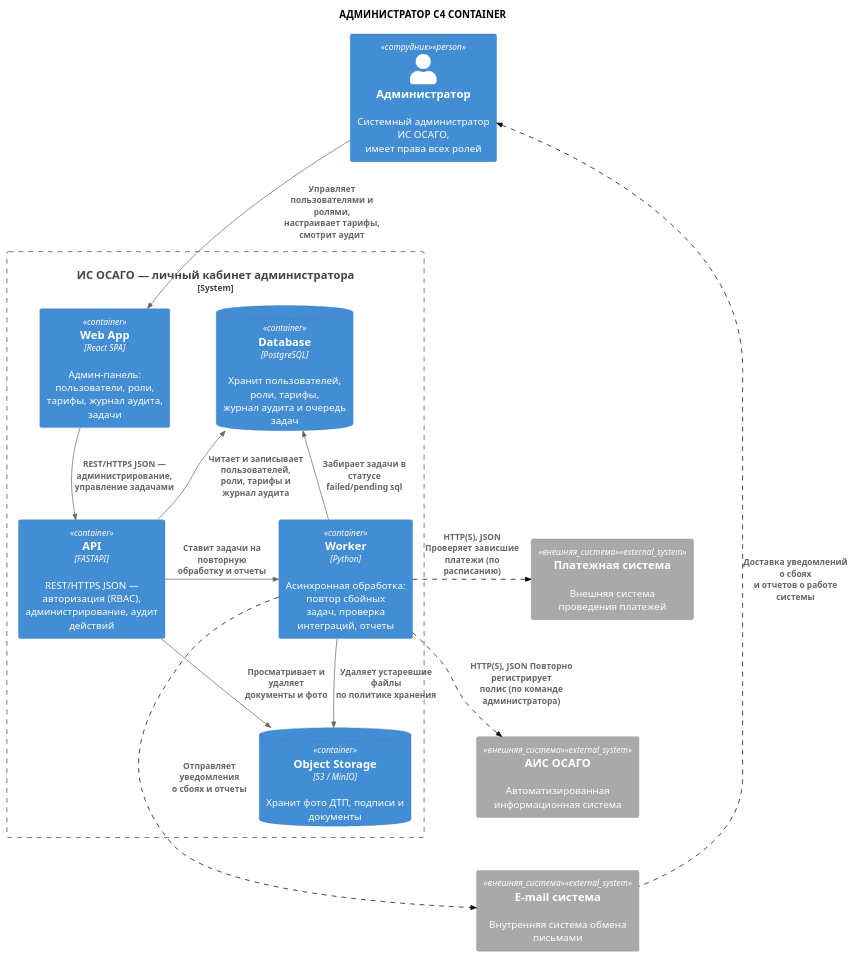
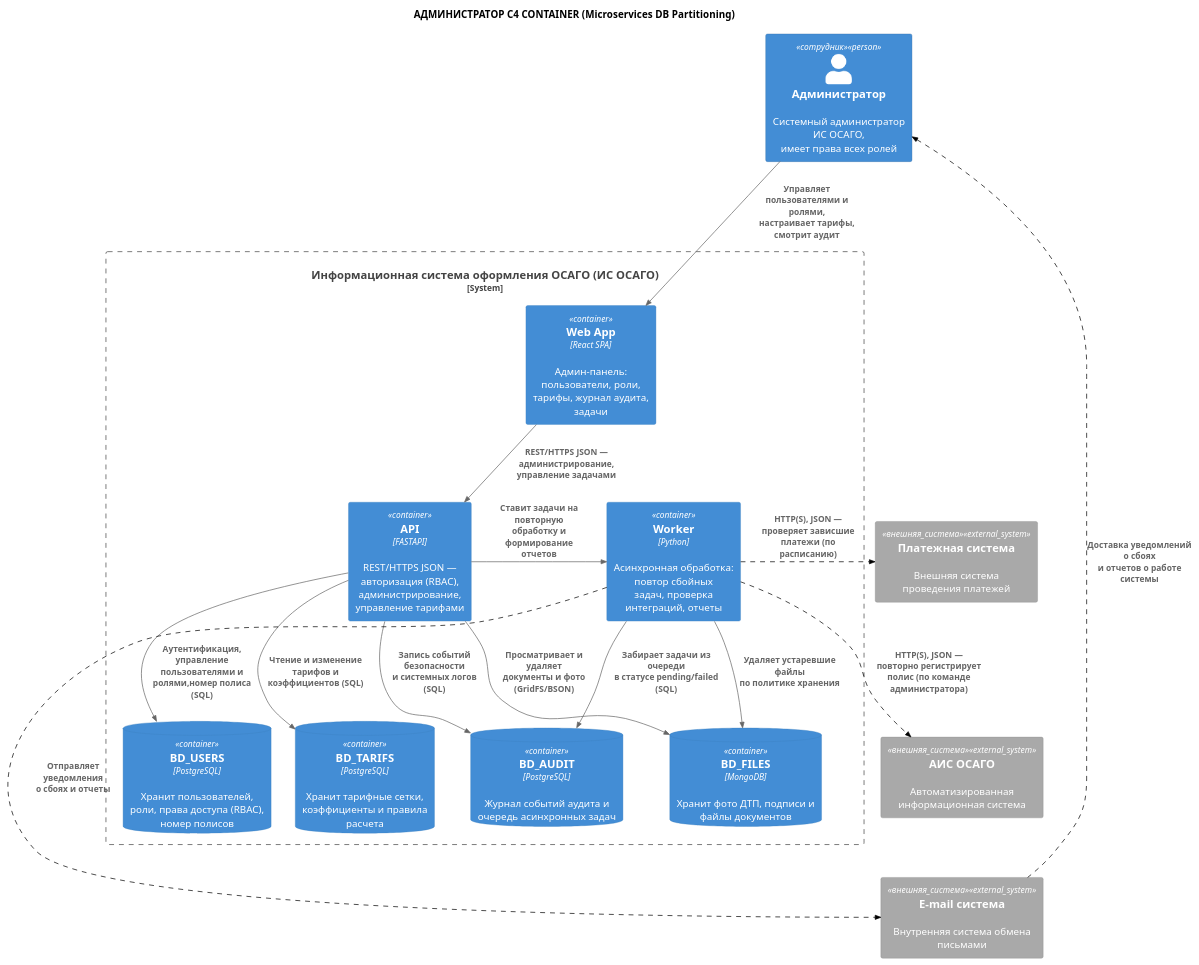
One commit to ElectricLight-ELO/Insurance-system changed the diagram in docs_and_diagrams/Amelia/container.puml. Above: the diagram before and after it, drawn with PlantUML. The commit also changed 1 other file, not shown here.

```diff
--- a/docs_and_diagrams/Amelia/container.puml
+++ b/docs_and_diagrams/Amelia/container.puml
@@ -1,70 +1,66 @@
 @startuml
 !include https://raw.githubusercontent.com/plantuml-stdlib/C4-PlantUML/master/C4_Container.puml
 
-title АДМИНИСТРАТОР C4 CONTAINER
+title АДМИНИСТРАТОР C4 CONTAINER (Microservices DB Partitioning)
 
-' === НАСТРОЙКА ЦВЕТОВ (как в Context) ===
+' === НАСТРОЙКА ЦВЕТОВ ===
 AddSystemTag("внешняя_система", $bgColor="#A9A9A9", $borderColor="#8A8A8A", $fontColor="#FFFFFF")
-AddSystemTag("фиолетовый_сервис", $bgColor="#B39DDB", $borderColor="#9575CD", $fontColor="#000000")
 AddPersonTag("сотрудник", $bgColor="#438DD5", $borderColor="#316CA5", $fontColor="#FFFFFF")
 AddRelTag("пунктир", $lineStyle = DashedLine(), $lineColor = "#000000")
 
 ' === ЭЛЕМЕНТЫ ===
 
 Person(admin, "Администратор", "Системный администратор ИС ОСАГО,\nимеет права всех ролей", $tags="сотрудник")
 
-System_Boundary(osago_service, "ИС ОСАГО — личный кабинет администратора") {
+System_Boundary(osago_service, "Информационная система оформления ОСАГО (ИС ОСАГО)") {
 
     Container(web_app, "Web App", "React SPA", "Админ-панель: пользователи, роли,\nтарифы, журнал аудита, задачи")
 
-    Container(api, "API", "FASTAPI", "REST/HTTPS JSON — авторизация (RBAC),\nадминистрирование, аудит действий")
+    Container(api, "API", "FASTAPI", "REST/HTTPS JSON — авторизация (RBAC),\nадминистрирование, управление тарифами")
 
-    ContainerDb(database, "Database", "PostgreSQL", "Хранит пользователей, роли, тарифы,\nжурнал аудита и очередь задач")
-
-    ContainerDb(object_storage, "Object Storage", "S3 / MinIO", "Хранит фото ДТП, подписи и документы")
+    ' === РАЗДЕЛЕННЫЕ БАЗЫ ДАННЫХ ===
+    ContainerDb(db_users, "BD_USERS", "PostgreSQL", "Хранит пользователей, роли, права доступа (RBAC), номер полисов")
+    ContainerDb(db_tarifs, "BD_TARIFS", "PostgreSQL", "Хранит тарифные сетки, коэффициенты и правила расчета")
+    ContainerDb(db_audit, "BD_AUDIT", "PostgreSQL", "Журнал событий аудита и очередь асинхронных задач")
+    ContainerDb(object_storage, "BD_FILES", "MongoDB", "Хранит фото ДТП, подписи и файлы документов")
 
     Container(worker, "Worker", "Python", "Асинхронная обработка: повтор сбойных\nзадач, проверка интеграций, отчеты")
 }
 
 ' Внешние системы (серые, внизу)
 System_Ext(payment_sys, "Платежная система", "Внешняя система проведения платежей", $tags="внешняя_система")
 System_Ext(email_sys, "E-mail система", "Внутренняя система обмена письмами", $tags="внешняя_система")
 System_Ext(ais_osago, "АИС ОСАГО", "Автоматизированная информационная система", $tags="внешняя_система")
 
 ' === СВЯЗИ ===
 
-' Администратор -> Web App
+' Пользователь -> Frontend -> Backend
 Rel_D(admin, web_app, "Управляет пользователями и ролями,\nнастраивает тарифы, смотрит аудит")
-
-' Web App -> API
 Rel_D(web_app, api, "REST/HTTPS JSON — администрирование,\nуправление задачами")
 
-' API -> Database
-Rel_L(api, database, "Читает и записывает пользователей,\nроли, тарифы и журнал аудита")
-
-' API -> Object Storage
-Rel_D(api, object_storage, "Просматривает и удаляет\nдокументы и фото")
+' API -> Разделенные базы данных
+Rel(api, db_users, "Аутентификация, управление\nпользователями и ролями,номер полиса (SQL)")
+Rel(api, db_tarifs, "Чтение и изменение\nтарифов и коэффициентов (SQL)")
+Rel(api, db_audit, "Запись событий безопасности\nи системных логов (SQL)")
+Rel_D(api, object_storage, "Просматривает и удаляет\nдокументы и фото (GridFS/BSON)")
 
 ' API -> Worker
-Rel_R(api, worker, "Ставит задачи на повторную\nобработку и отчеты")
+Rel_R(api, worker, "Ставит задачи на повторную\nобработку и формирование отчетов")
 
-' Worker -> Database
-Rel(worker, database, "Забирает задачи в статусе\nfailed/pending sql")
-
-' Worker -> Object Storage
+' Worker -> Базы данных
+Rel(worker, db_audit, "Забирает задачи из очереди\nв статусе pending/failed (SQL)")
 Rel(worker, object_storage, "Удаляет устаревшие файлы\nпо политике хранения")
 
-' Worker -> внешние системы (пунктир — по расписанию или команде администратора)
-Rel_R(worker, payment_sys, "HTTP(S), JSON Проверяет зависшие\nплатежи (по расписанию)", $tags="пунктир")
-Rel_R(worker, ais_osago, "HTTP(S), JSON Повторно регистрирует\nполис (по команде администратора)", $tags="пунктир")
+' Worker -> внешние системы
+Rel_R(worker, payment_sys, "HTTP(S), JSON — проверяет зависшие\nплатежи (по расписанию)", $tags="пунктир")
+Rel_R(worker, ais_osago, "HTTP(S), JSON — повторно регистрирует\nполис (по команде администратора)", $tags="пунктир")
 Rel_R(worker, email_sys, "Отправляет уведомления\nо сбоях и отчеты", $tags="пунктир")
 
-' E-mail система -> Администратор (пунктир)
+' E-mail система -> Администратор
 Rel_U(email_sys, admin, "Доставка уведомлений о сбоях\nи отчетов о работе системы", $tags="пунктир")
 
 ' === УПРАВЛЕНИЕ LAYOUT ===
-' Администратор сверху; ряд Database — API — Worker; внешние системы справа столбиком
 Lay_D(payment_sys, ais_osago)
 Lay_D(ais_osago, email_sys)
 
 @enduml
```
